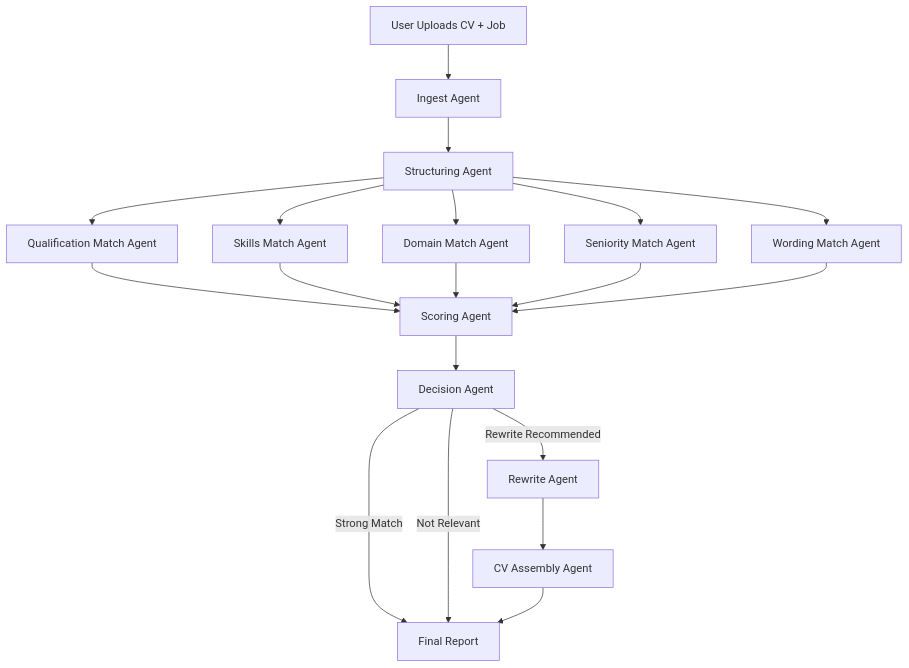
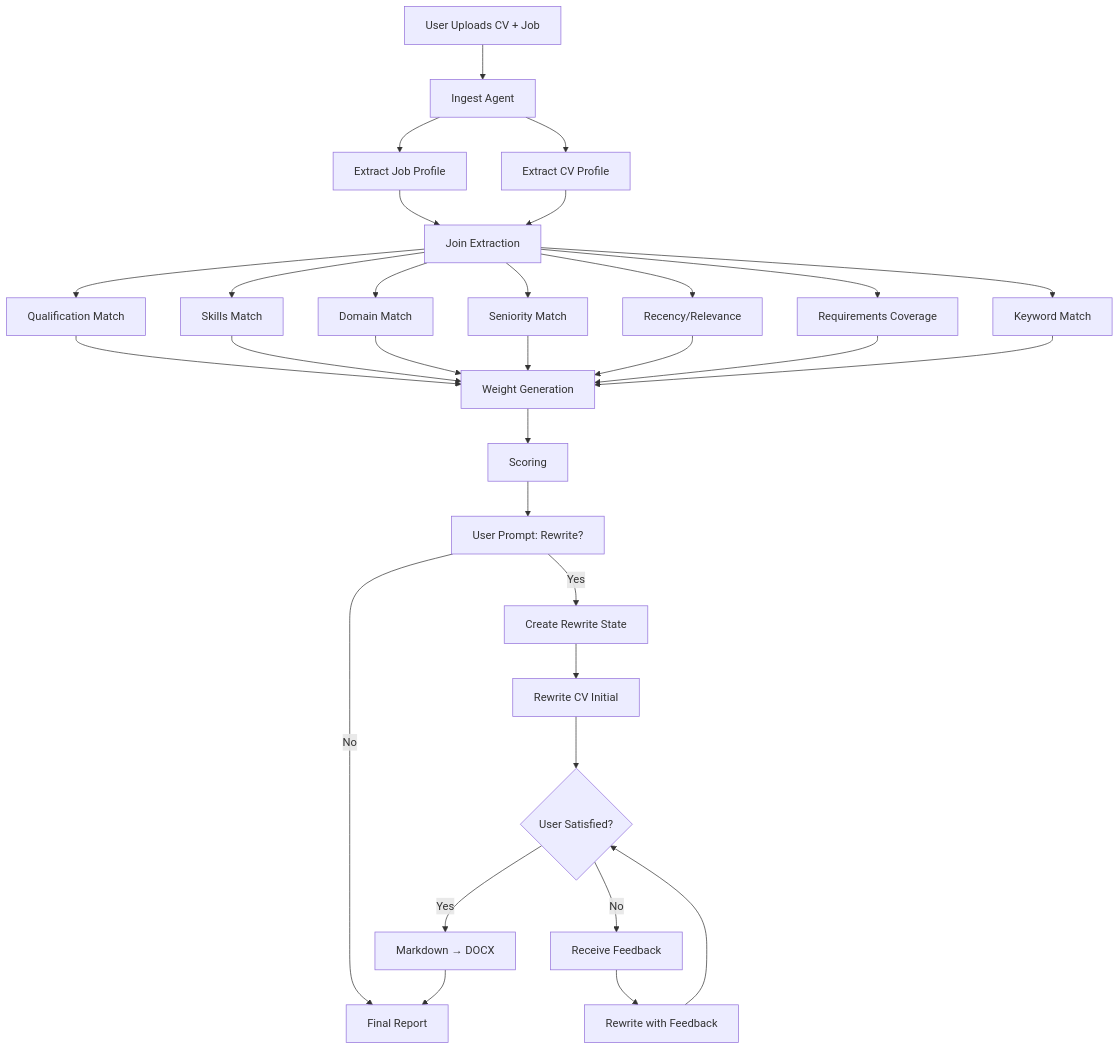
One commit to polymorphismus/cv_review changed the diagram in README.md. Above: the diagram before and after it, drawn with Mermaid. The commit also changed other lines of this file and 6 other files, not shown here.

Commit message:
updated graph and readme

````diff
--- a/README.md
+++ b/README.md
@@ -113,27 +119,38 @@
 ``` mermaid
 graph TD
 
 A[User Uploads CV + Job] --> B[Ingest Agent]
-B --> C[Structuring Agent]
+B --> C1[Extract Job Profile]
+B --> C2[Extract CV Profile]
+C1 --> D[Join Extraction]
+C2 --> D
 
-C --> D1[Qualification Match Agent]
-C --> D2[Skills Match Agent]
-C --> D3[Domain Match Agent]
-C --> D4[Seniority Match Agent]
-C --> D5[Wording Match Agent]
+D --> E1[Qualification Match]
+D --> E2[Skills Match]
+D --> E3[Domain Match]
+D --> E4[Seniority Match]
+D --> E5[Recency/Relevance]
+D --> E6[Requirements Coverage]
+D --> E7[Keyword Match]
 
-D1 --> E[Scoring Agent]
-D2 --> E
-D3 --> E
-D4 --> E
-D5 --> E
+E1 --> F[Weight Generation]
+E2 --> F
+E3 --> F
+E4 --> F
+E5 --> F
+E6 --> F
+E7 --> F
 
-E --> F[Decision Agent]
+F --> G[Scoring]
 
-F -->|Strong Match| G[Final Report]
-F -->|Not Relevant| G
-F -->|Rewrite Recommended| H[Rewrite Agent]
-
-H --> I[CV Assembly Agent]
-I --> G
+G --> H[User Prompt: Rewrite?]
+H -->|No| Z[Final Report]
+H -->|Yes| I[Create Rewrite State]
+I --> J[Rewrite CV Initial]
+J --> K{User Satisfied?}
+K -->|Yes| L[Markdown → DOCX]
+K -->|No| M[Receive Feedback]
+M --> N[Rewrite with Feedback]
+N --> K
+L --> Z
 ```
````
